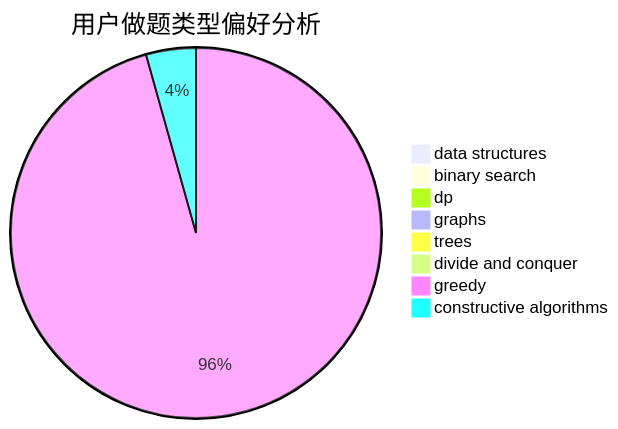
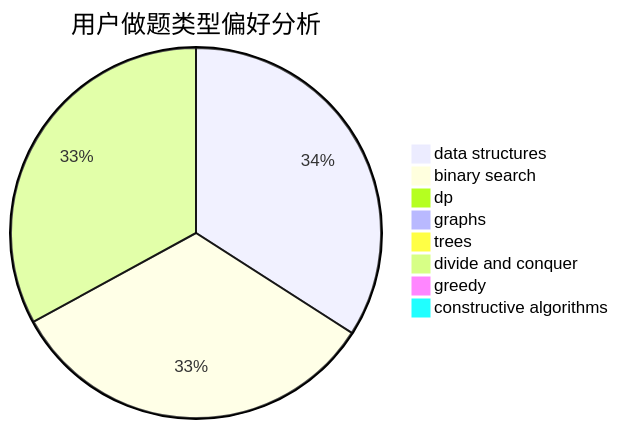
Before and after one commit to sherpahu/cfrs.github.io: the second of 3 diagrams in docs/user/u1069.md, drawn with Mermaid. The commit also changed other lines of this file and 2770 other files, not shown here.

````diff
--- a/docs/user/u1069.md
+++ b/docs/user/u1069.md
@@ -23,11 +23,11 @@
 ```mermaid
 pie title 用户做题类型偏好分析
-    "data structures" :  0
-    "binary search" :  0
-    "dp" :  0
+    "data structures" :  92
+    "binary search" :  89
+    "dp" :  1
     "graphs" :  0
     "trees" :  0
-    "divide and conquer" :  0
-    "greedy" :  44
-    "constructive algorithms" :  2
+    "divide and conquer" :  89
+    "greedy" :  0
+    "constructive algorithms" :  0
 ```
````
